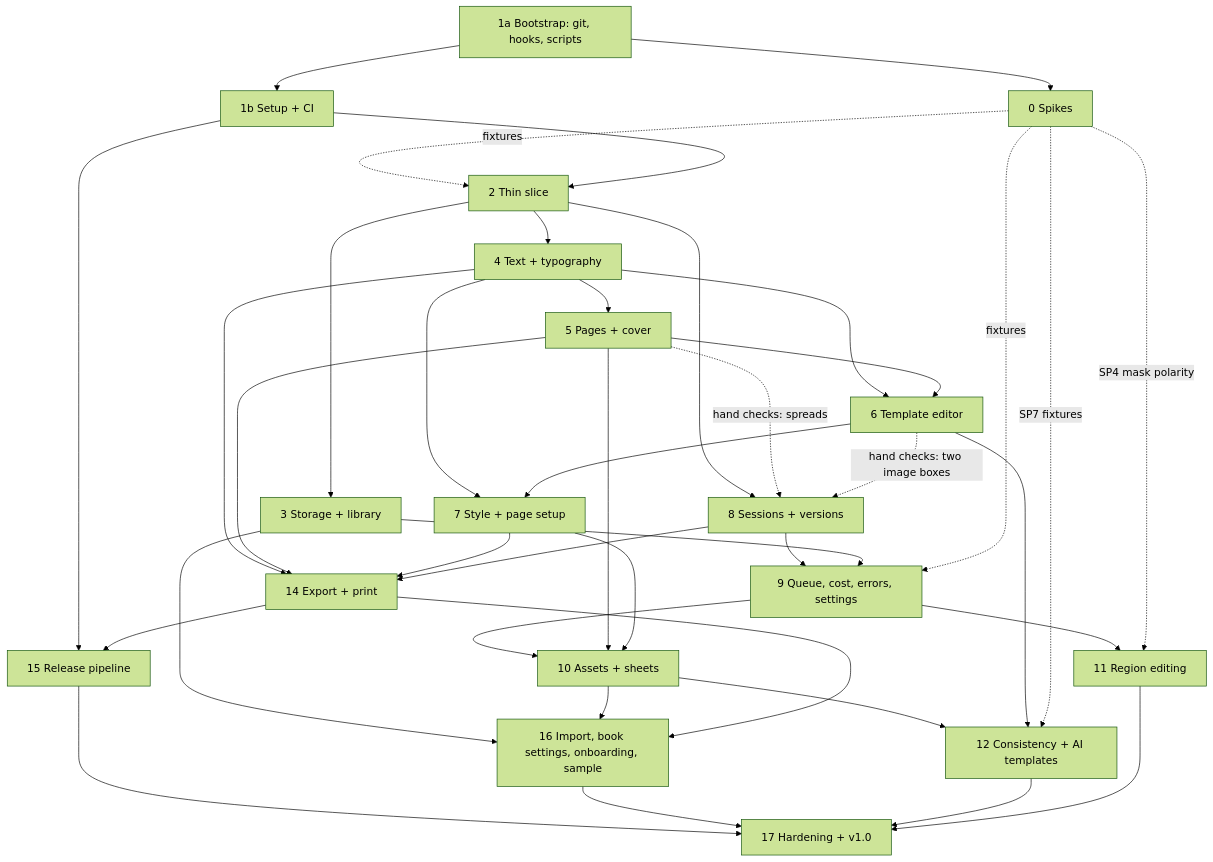
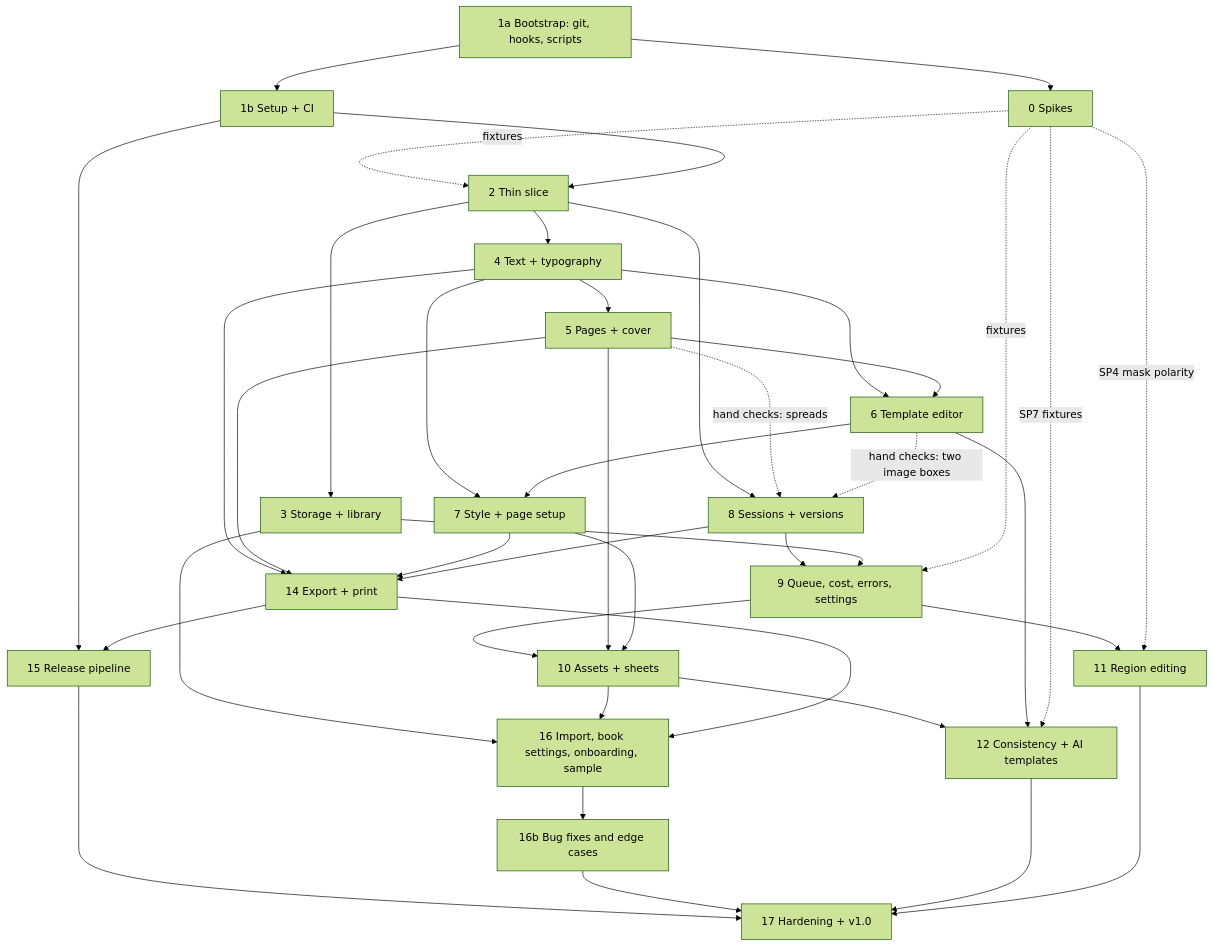
Before and after one commit to buckleypaul/bookbook: the diagram in implementation-plan.md, drawn with Mermaid (forest theme). The commit also changed other lines of this file and 3 other files, not shown here.

Commit message:
docs(plan): add phase 16b for bug fixes and edge cases

````diff
--- a/implementation-plan.md
+++ b/implementation-plan.md
@@ -136,41 +137,42 @@
 ```mermaid
 graph TD
   P1a[1a Bootstrap: git, hooks, scripts] --> P0[0 Spikes]
   P1a --> P1b[1b Setup + CI]
   P0 -.fixtures.-> P2
   P1b --> P2[2 Thin slice]
   P2 --> P3[3 Storage + library]
   P2 --> P4[4 Text + typography]
   P4 --> P5[5 Pages + cover]
   P4 --> P6[6 Template editor]
   P5 --> P6
   P2 --> P8[8 Sessions + versions]
   P5 -.hand checks: spreads.-> P8
   P6 -.hand checks: two image boxes.-> P8
   P4 --> P7[7 Style + page setup]
   P6 --> P7
   P8 --> P9[9 Queue, cost, errors, settings]
   P3 --> P9
   P0 -.fixtures.-> P9
   P9 --> P10[10 Assets + sheets]
   P5 --> P10
   P7 --> P10
   P9 --> P11[11 Region editing]
   P0 -.SP4 mask polarity.-> P11
   P10 --> P12[12 Consistency + AI templates]
   P6 --> P12
   P0 -.SP7 fixtures.-> P12
   P4 --> P14[14 Export + print]
   P5 --> P14
   P7 --> P14
   P8 --> P14
   P1b --> P15[15 Release pipeline]
   P14 --> P15
   P3 --> P16[16 Import, book settings, onboarding, sample]
   P10 --> P16
   P14 --> P16
   P15 --> P17[17 Hardening + v1.0]
-  P16 --> P17
+  P16 --> P16b[16b Bug fixes and edge cases]
+  P16b --> P17
   P12 --> P17
   P11 --> P17
 ```
````
